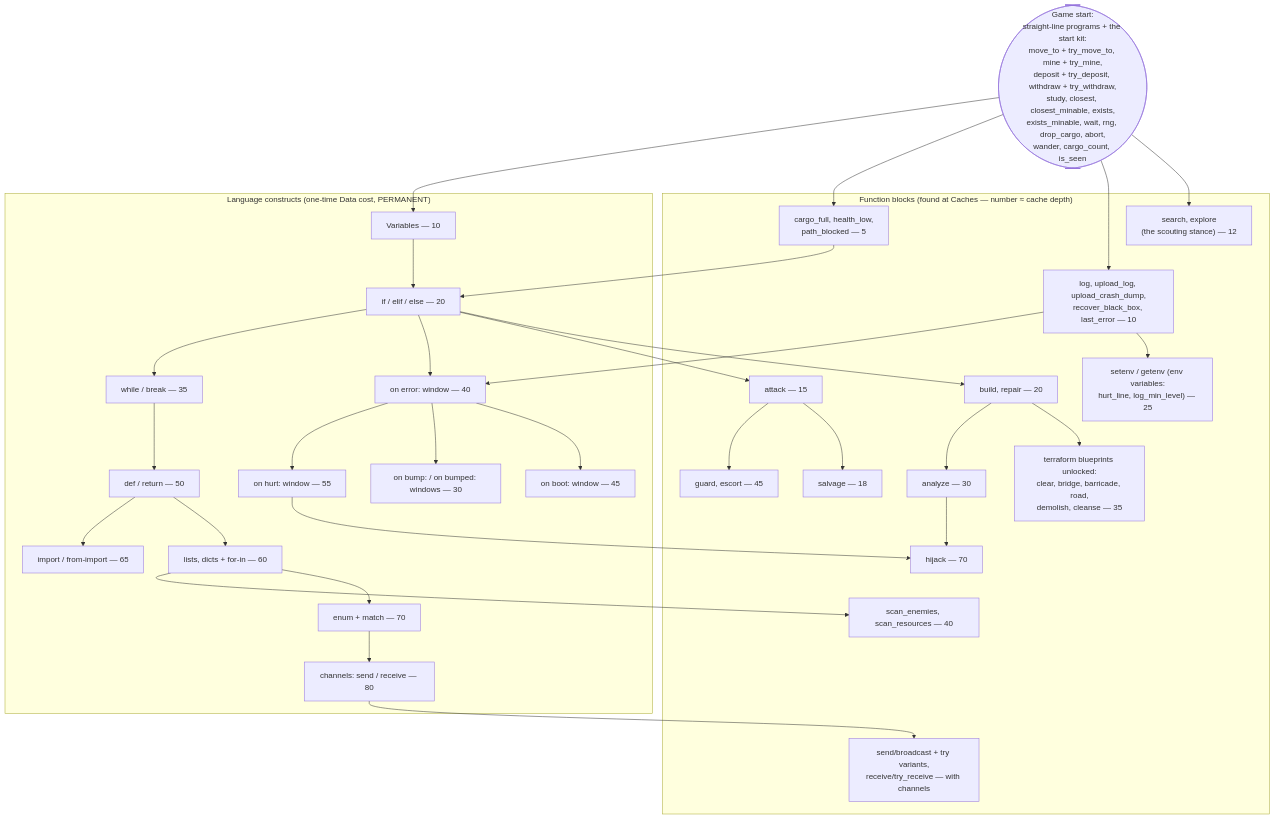
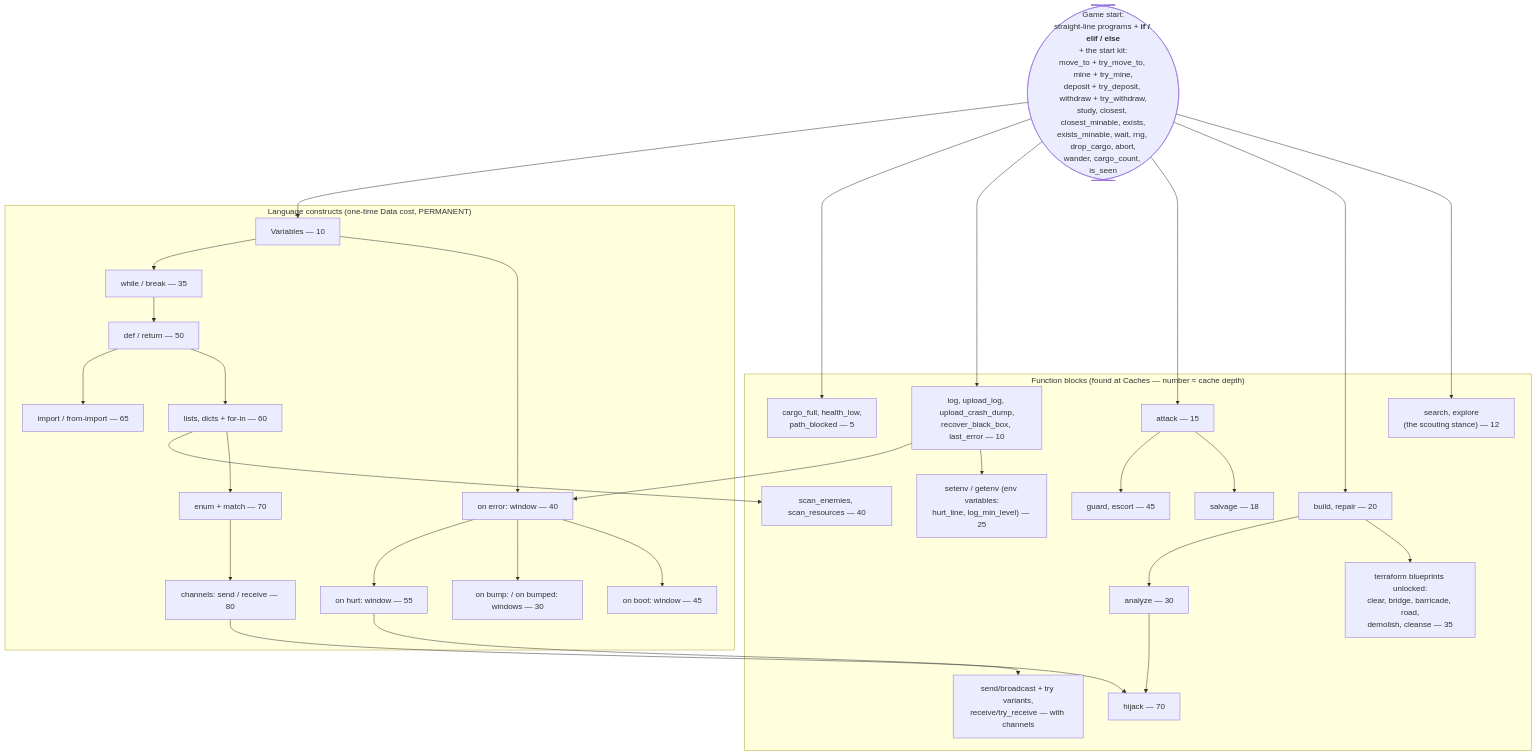
One commit to mmmtastymmm/programming-game-planned changed the diagram in docs/06-progression.md. Above: the diagram before and after it, drawn with Mermaid. The commit also changed 2 other files, not shown here.

````diff
--- a/docs/06-progression.md
+++ b/docs/06-progression.md
@@ -31,64 +31,61 @@
 ```mermaid
 flowchart TD
-    START([Game start:<br/>straight-line programs + the start kit:<br/>move_to + try_move_to, mine + try_mine,<br/>deposit + try_deposit, withdraw + try_withdraw,<br/>study, closest, closest_minable, exists,<br/>exists_minable, wait, rng, drop_cargo, abort,<br/>wander, cargo_count, is_seen])
+    START([Game start:<br/>straight-line programs + <b>if / elif / else</b><br/>+ the start kit:<br/>move_to + try_move_to, mine + try_mine,<br/>deposit + try_deposit, withdraw + try_withdraw,<br/>study, closest, closest_minable, exists,<br/>exists_minable, wait, rng, drop_cargo, abort,<br/>wander, cargo_count, is_seen])
 
     subgraph Constructs["Language constructs (one-time Data cost, PERMANENT)"]
         VAR["Variables — 10"]
-        IF["if / elif / else — 20"]
         WHILE["while / break — 35"]
         SIG1["on error: window — 40"]
         SIG2["on hurt: window — 55"]
         BUMP_H["on bump: / on bumped: windows — 30"]
         BOOT_W["on boot: window — 45"]
         DEF["def / return — 50"]
         IMPORT["import / from-import — 65"]
         LIST["lists, dicts + for-in — 60"]
         ENUM["enum + match — 70"]
         MSG_C["channels: send / receive — 80"]
     end
 
     subgraph Functions["Function blocks (found at Caches — number ≈ cache depth)"]
         F_SENSE["cargo_full, health_low,<br/>path_blocked — 5"]
         F_SEARCH["search, explore<br/>(the scouting stance) — 12"]
         F_LOG["log, upload_log, upload_crash_dump,<br/>recover_black_box, last_error — 10"]
         F_SALV["salvage — 18"]
         F_ATK["attack — 15"]
         F_BUILD["build, repair — 20"]
         F_SCAN["scan_enemies, scan_resources — 40"]
         F_AN["analyze — 30"]
         F_BC["send/broadcast + try variants,<br/>receive/try_receive — with channels"]
         F_GUARD["guard, escort — 45"]
         F_HIJACK["hijack — 70"]
         F_TERRA["terraform blueprints unlocked:<br/>clear, bridge, barricade, road,<br/>demolish, cleanse — 35"]
         F_ENV["setenv / getenv (env variables:<br/>hurt_line, log_min_level) — 25"]
     end
 
     START --> VAR
     START --> F_SENSE
     START --> F_LOG
-    VAR --> IF
-    F_SENSE --> IF
-    IF --> WHILE
-    IF --> SIG1
+    VAR --> WHILE
+    VAR --> SIG1
     F_LOG --> SIG1
     SIG1 --> SIG2
-    IF --> F_ATK
+    START --> F_ATK
     F_ATK --> F_GUARD
     F_ATK --> F_SALV
-    IF --> F_BUILD
+    START --> F_BUILD
     WHILE --> DEF
     DEF --> IMPORT
     START --> F_SEARCH
     F_LOG --> F_ENV
     SIG1 --> BUMP_H
     SIG1 --> BOOT_W
     F_BUILD --> F_AN
     F_BUILD --> F_TERRA
     F_AN --> F_HIJACK
     SIG2 --> F_HIJACK
     DEF --> LIST
     LIST --> F_SCAN
     LIST --> ENUM
     ENUM --> MSG_C
     MSG_C --> F_BC
 ```
````
